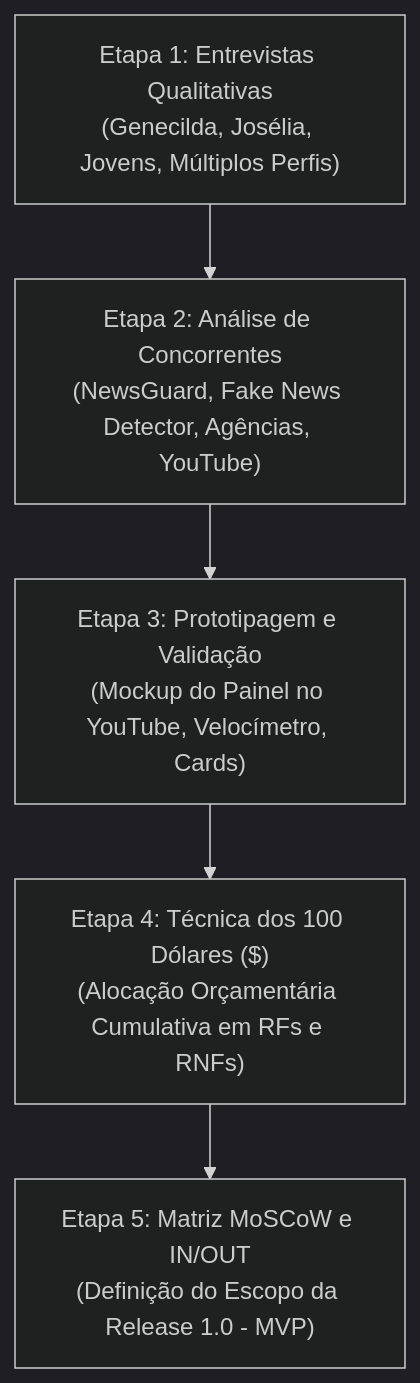
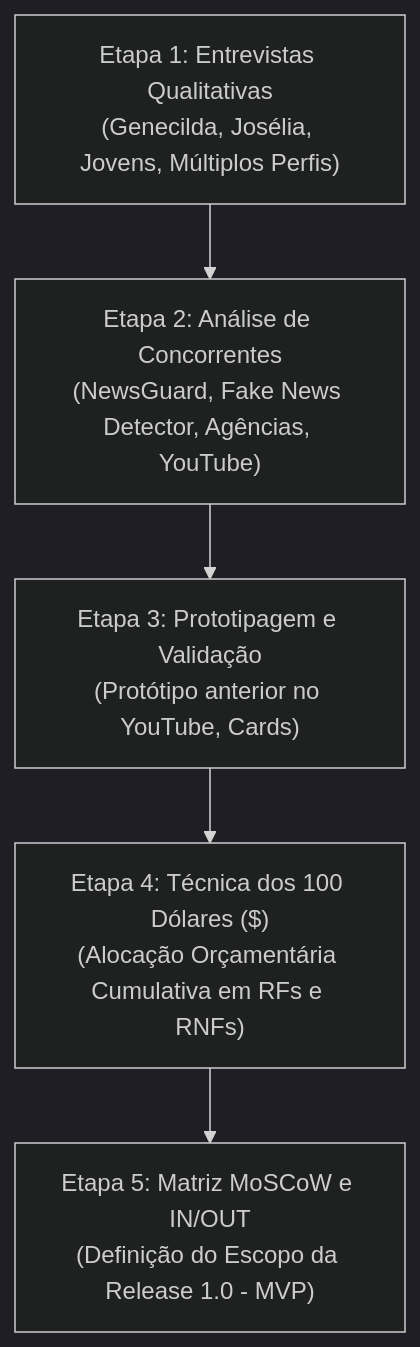
The diagram in docs/requisitos/elicitacao.md (evidencia-grupo/documentation), drawn with Mermaid (dark theme) before and after one commit. The commit also changed 45 other files, not shown here.

````diff
--- a/docs/requisitos/elicitacao.md
+++ b/docs/requisitos/elicitacao.md
@@ -27,13 +27,13 @@
 ```mermaid
 flowchart TD
     E1["Etapa 1: Entrevistas Qualitativas<br/>(Genecilda, Josélia, Jovens, Múltiplos Perfis)"]
     E2["Etapa 2: Análise de Concorrentes<br/>(NewsGuard, Fake News Detector, Agências, YouTube)"]
-    E3["Etapa 3: Prototipagem e Validação<br/>(Mockup do Painel no YouTube, Velocímetro, Cards)"]
+    E3["Etapa 3: Prototipagem e Validação<br/>(Protótipo anterior no YouTube, Cards)"]
     E4["Etapa 4: Técnica dos 100 Dólares ($)<br/>(Alocação Orçamentária Cumulativa em RFs e RNFs)"]
     E5["Etapa 5: Matriz MoSCoW e IN/OUT<br/>(Definição do Escopo da Release 1.0 - MVP)"]
 
     E1 --> E2
     E2 --> E3
     E3 --> E4
     E4 --> E5
 ```
````
